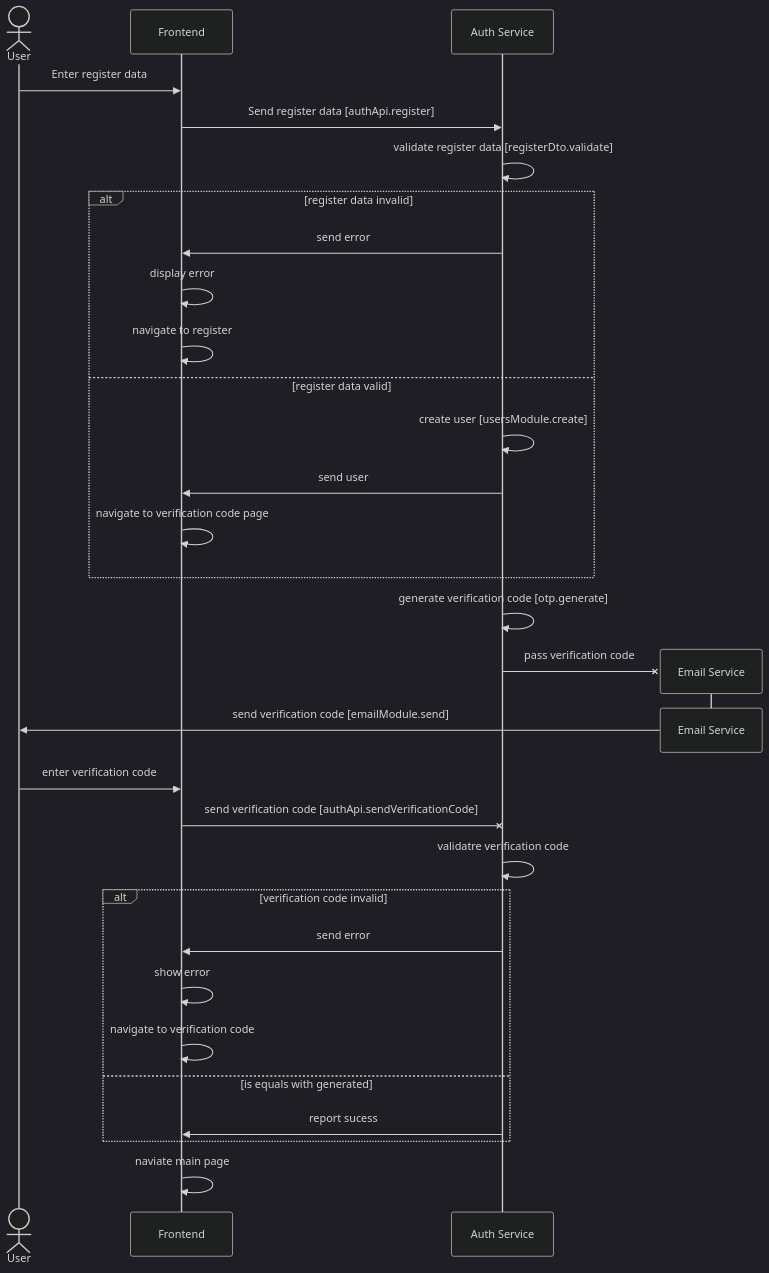
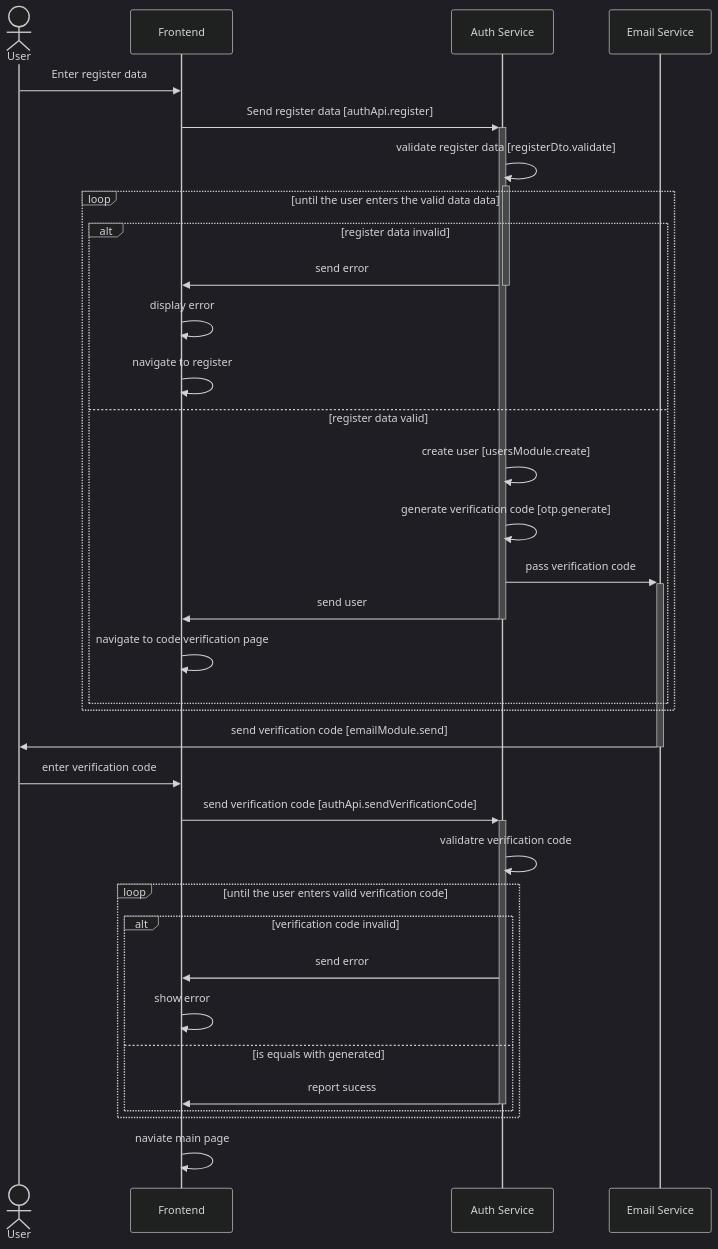
The diagram in lab3/declarative/main.mmd (Hyperlivus/KPI-Labs), drawn with Mermaid (dark theme) before and after one commit. The commit also changed 1 other file, not shown here.

```diff
--- a/lab3/declarative/main.mmd
+++ b/lab3/declarative/main.mmd
@@ -1,38 +1,41 @@
 sequenceDiagram
     actor user as User
     participant frontend as Frontend
     participant auth as Auth Service
+    participant email as Email Service
+
 
     user ->> frontend: Enter register data
-    frontend ->> auth: Send register data [authApi.register]
-    auth ->> auth: validate register data [registerDto.validate]
+    frontend ->>+ auth: Send register data [authApi.register]
+    auth ->>+ auth: validate register data [registerDto.validate]
+
+    loop until the user enters the valid data data  
     alt register data invalid
-        auth ->> frontend: send error
+        auth ->>- frontend: send error
         frontend ->> frontend: display error
         frontend ->> frontend: navigate to register
     else register data valid
         auth ->> auth: create user [usersModule.create]
-        auth ->> frontend: send user
-        frontend ->> frontend: navigate to verification code page
-
+            auth ->> auth: generate verification code [otp.generate]
+            auth ->>+ email: pass verification code
+            auth ->>- frontend: send user
+            frontend ->> frontend: navigate to code verification page
+    end
     end
 
-    auth ->> auth: generate verification code [otp.generate]
-    create participant email as Email Service
-
-    auth -x email: pass verification code
-    destroy email
-    email->> user: send verification code [emailModule.send]
+    email->>- user: send verification code [emailModule.send]
 
     user ->> frontend: enter verification code
-    frontend -x auth: send verification code [authApi.sendVerificationCode]
+    frontend ->>+ auth: send verification code [authApi.sendVerificationCode]
 
     auth ->> auth: validatre verification code
+
+    loop until the user enters valid verification code
     alt verification code invalid
         auth ->> frontend: send error
         frontend ->> frontend: show error
-        frontend ->> frontend: navigate to verification code
     else is equals with generated
-        auth ->> frontend: report sucess
+        auth ->>- frontend: report sucess
+    end
     end
     frontend ->> frontend: naviate main page
```
